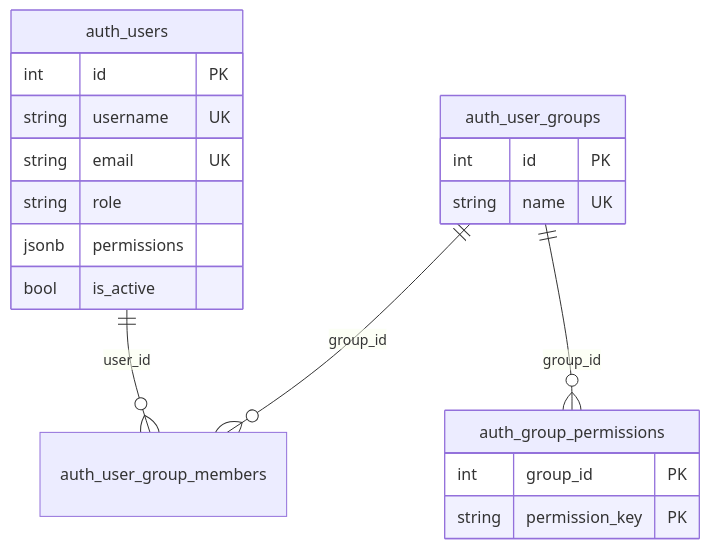
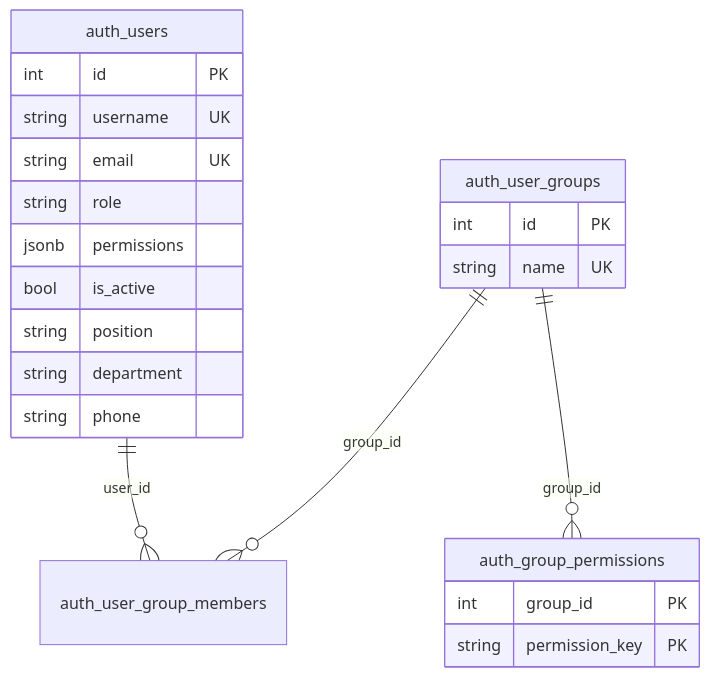
The first of 4 diagrams in docs/specs/04-auth-rbac-spec.md (Forrest219/mulan-bi-platform), drawn with Mermaid before and after one commit. The commit also changed other lines of this file and 99 other files, not shown here.

````diff
--- a/docs/specs/04-auth-rbac-spec.md
+++ b/docs/specs/04-auth-rbac-spec.md
@@ -64,23 +69,26 @@
 ```mermaid
 erDiagram
     auth_users ||--o{ auth_user_group_members : "user_id"
     auth_user_groups ||--o{ auth_user_group_members : "group_id"
     auth_user_groups ||--o{ auth_group_permissions : "group_id"
 
     auth_users {
         int id PK
         string username UK
         string email UK
         string role
         jsonb permissions
         bool is_active
+        string position
+        string department
+        string phone
     }
     auth_user_groups {
         int id PK
         string name UK
     }
     auth_group_permissions {
         int group_id PK
         string permission_key PK
     }
 ```
````
